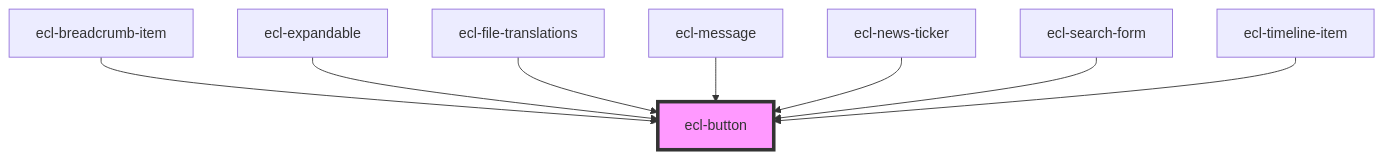
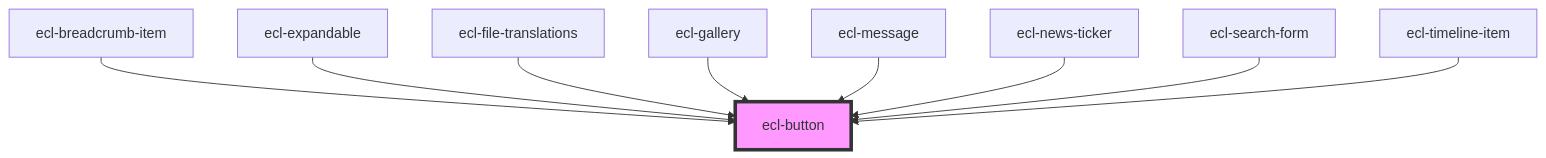
The diagram in src/components/ecl-button/readme.md (ec-europa/ecl-webcomponents), drawn with Mermaid before and after one commit. The commit also changed other lines of this file and 34 other files, not shown here.

````diff
--- a/src/components/ecl-button/readme.md
+++ b/src/components/ecl-button/readme.md
@@ -28,11 +30,12 @@
 ```mermaid
 graph TD;
   ecl-breadcrumb-item --> ecl-button
   ecl-expandable --> ecl-button
   ecl-file-translations --> ecl-button
+  ecl-gallery --> ecl-button
   ecl-message --> ecl-button
   ecl-news-ticker --> ecl-button
   ecl-search-form --> ecl-button
   ecl-timeline-item --> ecl-button
   style ecl-button fill:#f9f,stroke:#333,stroke-width:4px
 ```
````
